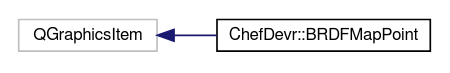
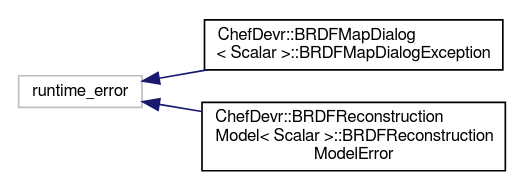
The diagram in docs/inherit_graph_1.dot (bsella/brdf), drawn with Graphviz before and after one commit. The commit also changed 80 other files, not shown here.

```diff
--- a/docs/inherit_graph_1.dot
+++ b/docs/inherit_graph_1.dot
@@ -1,10 +1,12 @@
 digraph "Graphical Class Hierarchy"
 {
  // LATEX_PDF_SIZE
   edge [fontname="FreeSans",fontsize="10",labelfontname="FreeSans",labelfontsize="10"];
   node [fontname="FreeSans",fontsize="10",shape=record];
   rankdir="LR";
-  Node18 [label="QGraphicsItem",height=0.2,width=0.4,color="grey75", fillcolor="white", style="filled",tooltip=" "];
-  Node18 -> Node0 [dir="back",color="midnightblue",fontsize="10",style="solid",fontname="FreeSans"];
-  Node0 [label="ChefDevr::BRDFMapPoint",height=0.2,width=0.4,color="black", fillcolor="white", style="filled",URL="$class_chef_devr_1_1_b_r_d_f_map_point.html",tooltip="Point on the BRDFMap corresponding to a BRDF."];
+  Node1 [label="runtime_error",height=0.2,width=0.4,color="grey75", fillcolor="white", style="filled",tooltip=" "];
+  Node1 -> Node0 [dir="back",color="midnightblue",fontsize="10",style="solid",fontname="FreeSans"];
+  Node0 [label="ChefDevr::BRDFMapDialog\l\< Scalar \>::BRDFMapDialogException",height=0.2,width=0.4,color="black", fillcolor="white", style="filled",URL="$class_chef_devr_1_1_b_r_d_f_map_dialog_1_1_b_r_d_f_map_dialog_exception.html",tooltip=" "];
+  Node1 -> Node3 [dir="back",color="midnightblue",fontsize="10",style="solid",fontname="FreeSans"];
+  Node3 [label="ChefDevr::BRDFReconstruction\lModel\< Scalar \>::BRDFReconstruction\lModelError",height=0.2,width=0.4,color="black", fillcolor="white", style="filled",URL="$class_chef_devr_1_1_b_r_d_f_reconstruction_model_1_1_b_r_d_f_reconstruction_model_error.html",tooltip=" "];
 }
```
